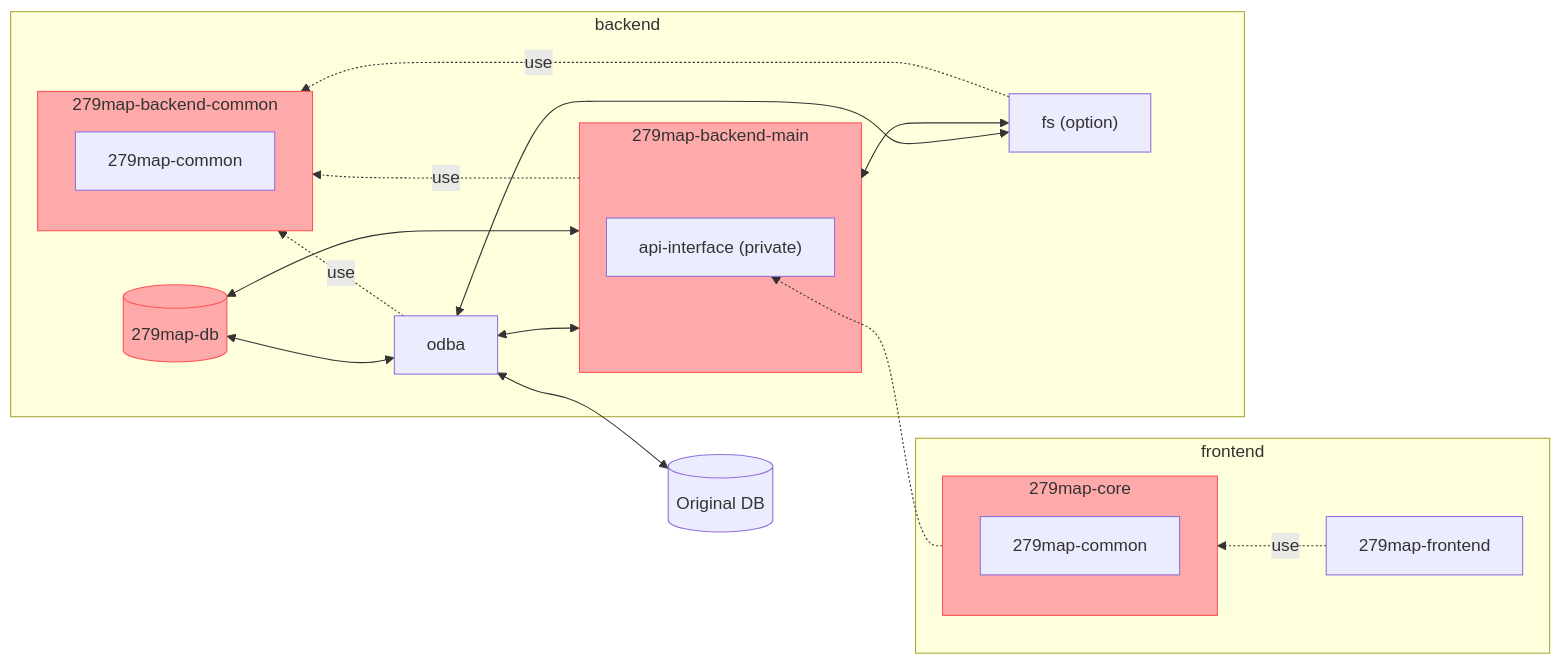
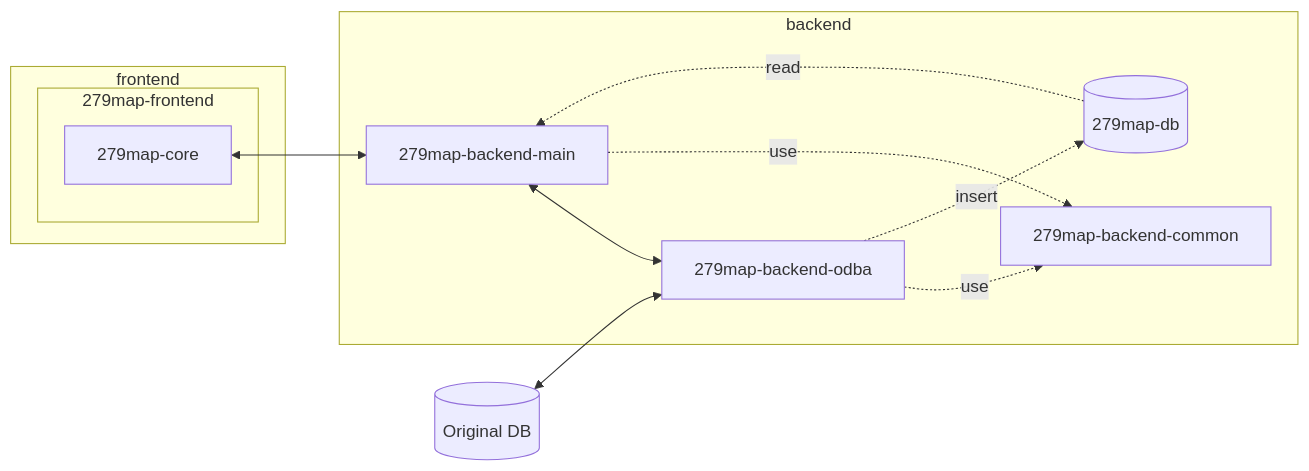
The diagram in README.md (satocheeen/279map), drawn with Mermaid before and after one commit. The commit also changed other lines of this file and 3 other files, not shown here.

````diff
--- a/README.md
+++ b/README.md
@@ -4,37 +4,22 @@
 ```mermaid
-flowchart RL
+flowchart LR
 	subgraph frontend
-		subgraph 279map-core
-			279map-common-core["279map-common"]
+		subgraph 279map-frontend
+			279map-core
 		end
-		279map-frontend -. use .-> 279map-core
 	end
 
 	subgraph backend
 		db[("279map-db")]
+		279map-backend-main
 
-		subgraph 279map-backend-main
-			api-interface["api-interface (private)"]
-		end
+		279map-backend-main <--> odba["279map-backend-odba"]
+		odba-."use".->279map-backend-common
+		279map-backend-main-."use".->279map-backend-common
 
-		subgraph 279map-backend-common
-			279map-common-backend["279map-common"]
-		end
-
-		279map-backend-main <--> odba
-		279map-backend-main <--> db
-		odba <--> db
-		fs["fs (option)"] <--> 279map-backend-main
-		fs <--> odba
-		279map-backend-main -. use .-> 279map-backend-common
-		odba -. use .-> 279map-backend-common
-		fs -. use .-> 279map-backend-common
+		db -.read.-> 279map-backend-main
+		odba -.insert.-> db
 	end
-	279map-core -.-> api-interface
+	279map-core <--> 279map-backend-main
 	original-db[("Original DB")] <--> odba
-
-    style 279map-core fill:#faa, stroke:#f55
-    style 279map-backend-main fill:#faa, stroke:#f55
-    style 279map-backend-common fill:#faa, stroke:#f55
-    style db fill:#faa, stroke:#f55
 ```
````
